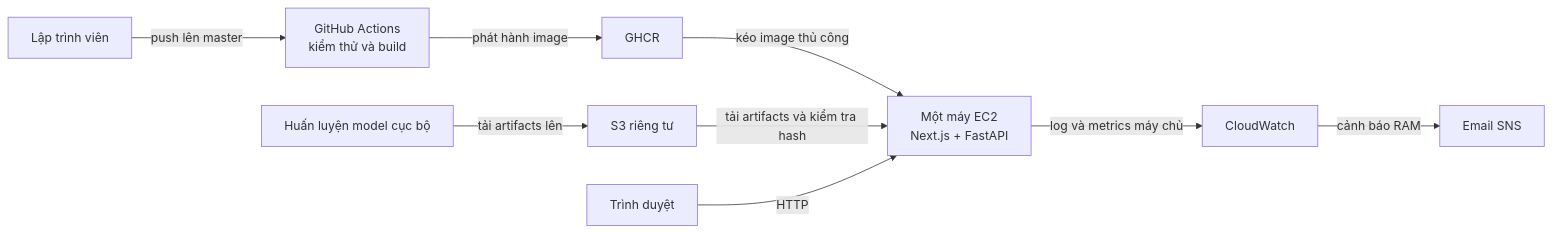
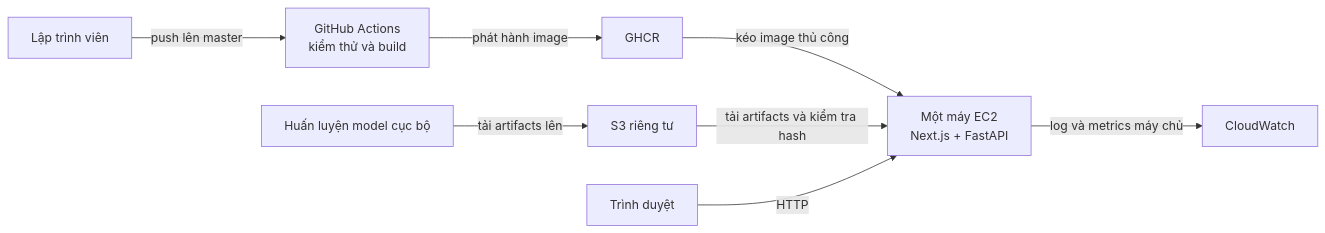
Before and after one commit to starkkk1/starkkk1.github.io: the diagram in content/5-Workshop/_index.vi.md, drawn with Mermaid. The commit also changed other lines of this file and 21 other files, not shown here.

````diff
--- a/content/5-Workshop/_index.vi.md
+++ b/content/5-Workshop/_index.vi.md
@@ -47,11 +47,10 @@
 ```mermaid
 graph LR
     Dev["Lập trình viên"] -->|push lên master| CI["GitHub Actions<br/>kiểm thử và build"]
     CI -->|phát hành image| GHCR["GHCR"]
     Train["Huấn luyện model cục bộ"] -->|tải artifacts lên| S3["S3 riêng tư"]
     GHCR -->|kéo image thủ công| EC2["Một máy EC2<br/>Next.js + FastAPI"]
     S3 -->|tải artifacts và kiểm tra hash| EC2
     User["Trình duyệt"] -->|HTTP| EC2
     EC2 -->|log và metrics máy chủ| CW["CloudWatch"]
-    CW -->|cảnh báo RAM| SNS["Email SNS"]
 ```
````
